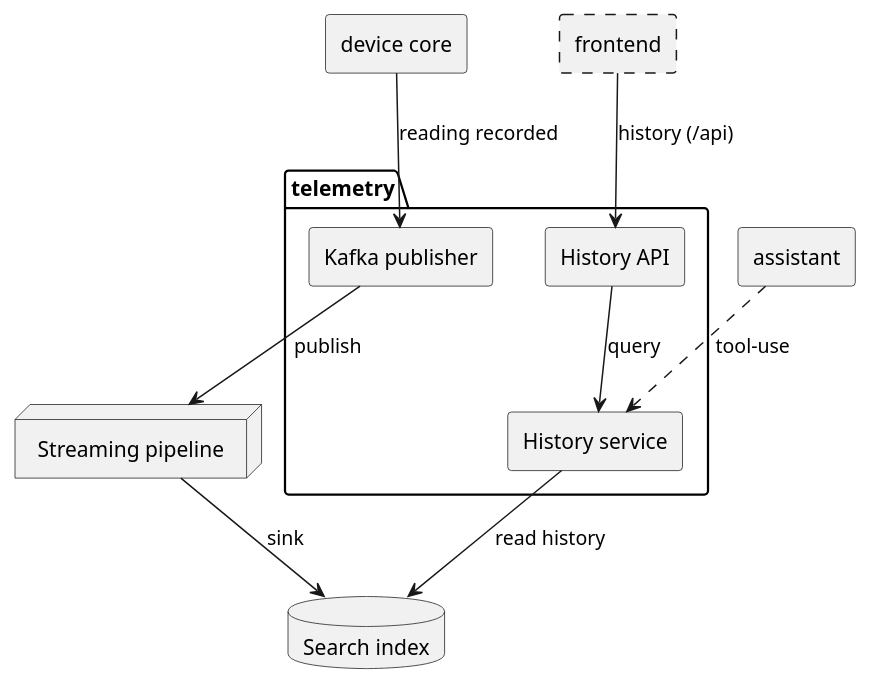
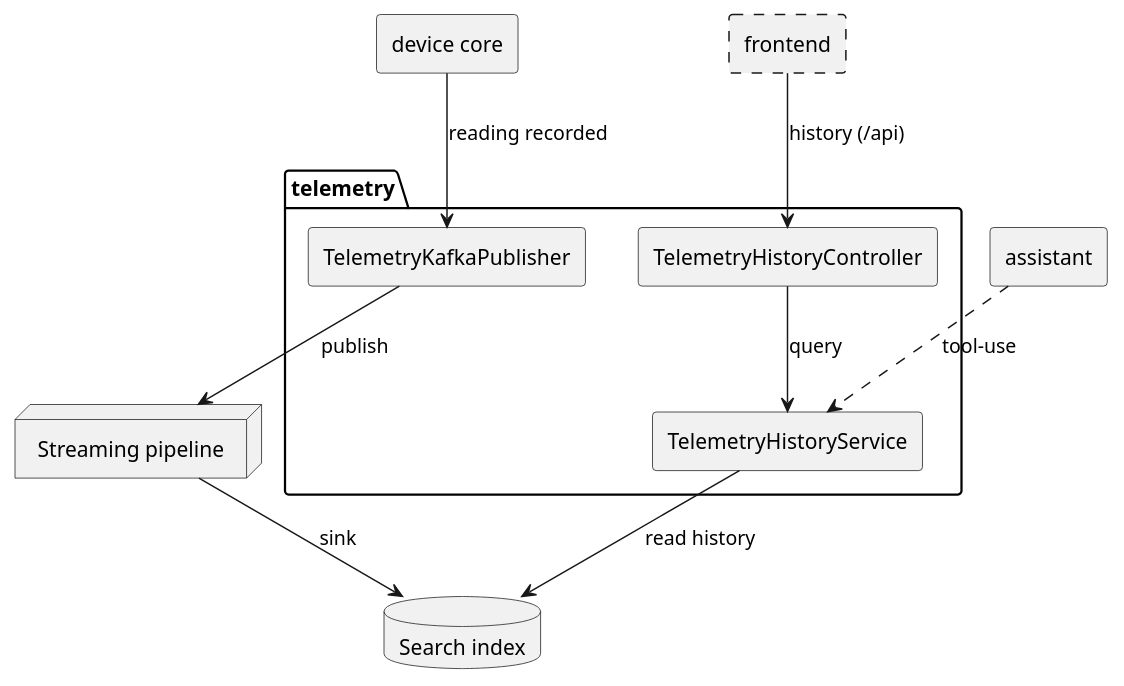
Before and after one commit to FelixGeisler/SmartHome: the fourth of 4 diagrams in docs/modules/ROOT/pages/05-building-block-view.adoc, drawn with PlantUML. The commit also changed other lines of this file and 2 other files, not shown here.

```diff
--- a/docs/modules/ROOT/pages/05-building-block-view.adoc
+++ b/docs/modules/ROOT/pages/05-building-block-view.adoc
@@ -152,25 +121,25 @@
 [plantuml,bb-telemetry,svg]
 ----
 @startuml
 skinparam componentStyle rectangle
 
 [device core] as device
 package "telemetry" {
-  [Kafka publisher] as pub
-  [History service] as hist
-  [History API] as histapi
+  [TelemetryKafkaPublisher] as pub
+  [TelemetryHistoryService] as hist
+  [TelemetryHistoryController] as histapi
 }
 [frontend] #line.dashed
 [assistant]
 node "Streaming pipeline" as pipeline
 database "Search index" as idx
 
 device --> pub : reading recorded
 pub --> pipeline : publish
 pipeline --> idx : sink
 histapi --> hist : query
 hist --> idx : read history
 [frontend] --> histapi : history (/api)
 [assistant] ..> hist : tool-use
 @enduml
 ----
```
